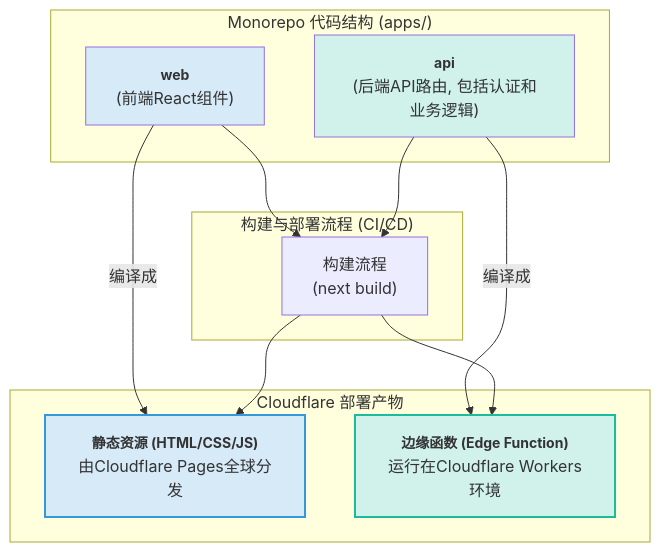
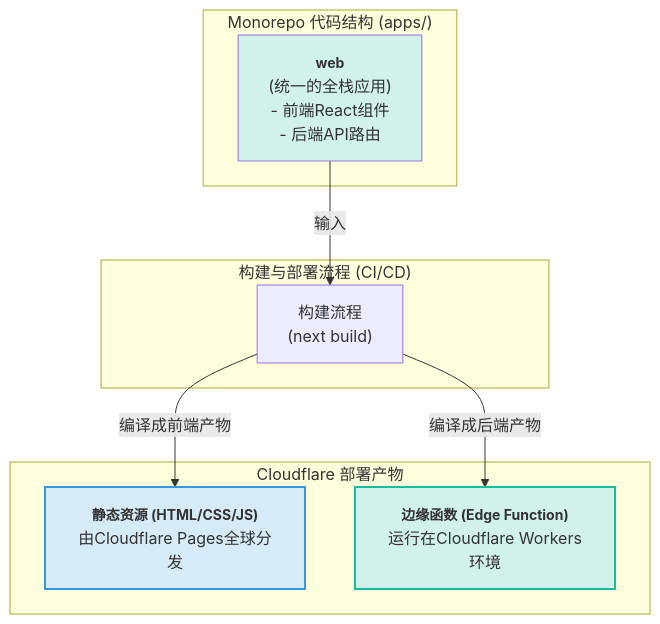
One commit to laurizinaida/podcast-video-app changed the first of 6 diagrams in docs/architecture.md. Above: the diagram before and after it, drawn with Mermaid. The commit also changed other lines of this file and 63 other files, not shown here.

````diff
--- a/docs/architecture.md
+++ b/docs/architecture.md
@@ -34,27 +38,23 @@
 ```mermaid
 graph TD
     subgraph "Monorepo 代码结构 (apps/)"
-        A["<b style='font-size:14px'>web</b><br/>(前端React组件)"]
-        B["<b style='font-size:14px'>api</b><br/>(后端API路由, 包括认证和业务逻辑)"]
+        A["<b style='font-size:14px'>web</b><br/>(统一的全栈应用)<br/>- 前端React组件<br/>- 后端API路由"]
     end
 
     subgraph "Cloudflare 部署产物"
         D["<b style='font-size:14px'>静态资源 (HTML/CSS/JS)</b><br/>由Cloudflare Pages全球分发"]
         E["<b style='font-size:14px'>边缘函数 (Edge Function)</b><br/>运行在Cloudflare Workers环境"]
     end
 
     subgraph "构建与部署流程 (CI/CD)"
         C["构建流程<br/>(next build)"]
     end
 
-    A -- "编译成" --> D
-    B -- "编译成" --> E
+    A -- "输入" --> C
+    C -- "编译成前端产物" --> D
+    C -- "编译成后端产物" --> E
 
-    A & B --> C
-    C --> D & E
-
-    style A fill:#D6EAF8
-    style B fill:#D1F2EB
+    style A fill:#D1F2EB
     style D fill:#D6EAF8,stroke:#3498DB,stroke-width:2px
     style E fill:#D1F2EB,stroke:#1ABC9C,stroke-width:2px
 ```
````
